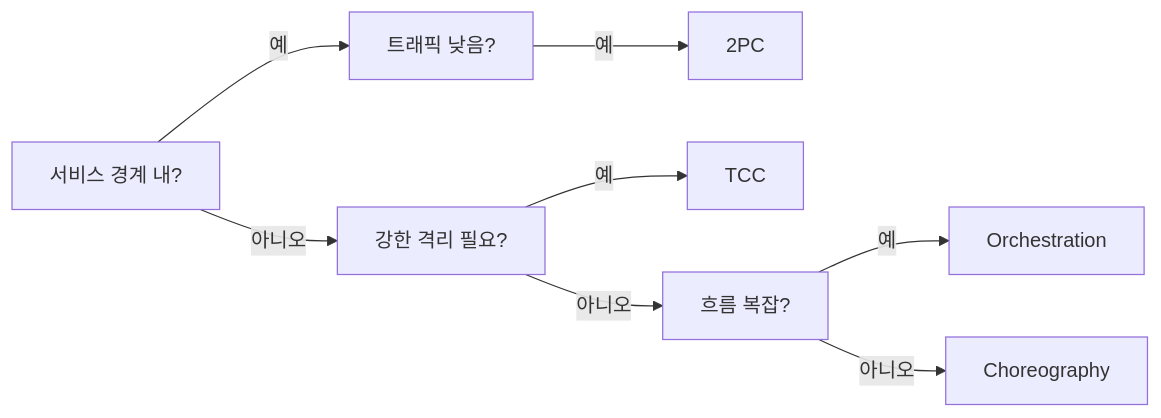
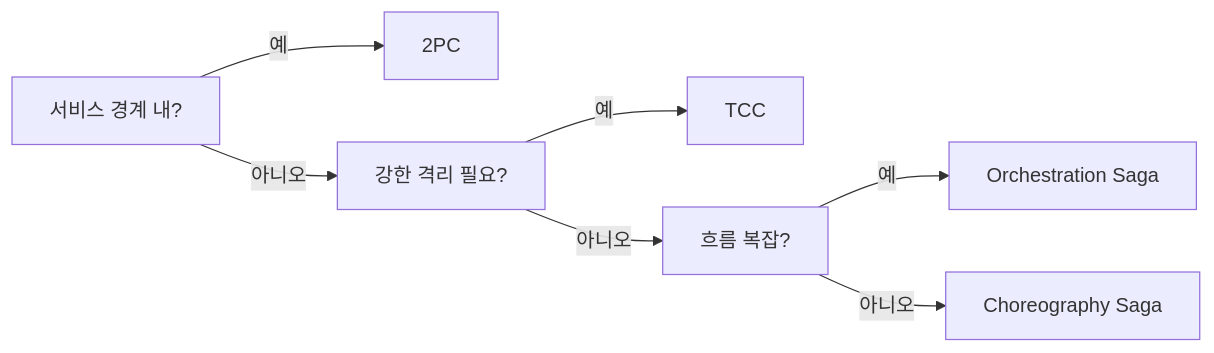
Diagram 12 of 12 in _posts/architecture/2026-05-02-distributed-transaction-deep.md (yjkim2015/yjkim2015.github.io), drawn with Mermaid before and after one commit. The commit also changed other lines of this file and 245 other files, not shown here.

First line of the commit message:
Mermaid 다이어그램 전면 수정 + 면접 포인트 접기/펼치기 + DB 데드락 페이지

````diff
--- a/_posts/architecture/2026-05-02-distributed-transaction-deep.md
+++ b/_posts/architecture/2026-05-02-distributed-transaction-deep.md
@@ -1823,10 +1823,9 @@
 ```mermaid
 graph LR
-    Q1["서비스 경계 내?"] -->|"예"| Q2["트래픽 낮음?"]
+    Q1["서비스 경계 내?"] -->|"예"| TWO["2PC"]
     Q1 -->|"아니오"| Q3["강한 격리 필요?"]
-    Q2 -->|"예"| TWO["2PC"]
     Q3 -->|"예"| TCC["TCC"]
     Q3 -->|"아니오"| Q4["흐름 복잡?"]
-    Q4 -->|"예"| ORCH["Orchestration"]
-    Q4 -->|"아니오"| CHOR["Choreography"]
+    Q4 -->|"예"| ORCH["Orchestration Saga"]
+    Q4 -->|"아니오"| CHOR["Choreography Saga"]
 ```
````
